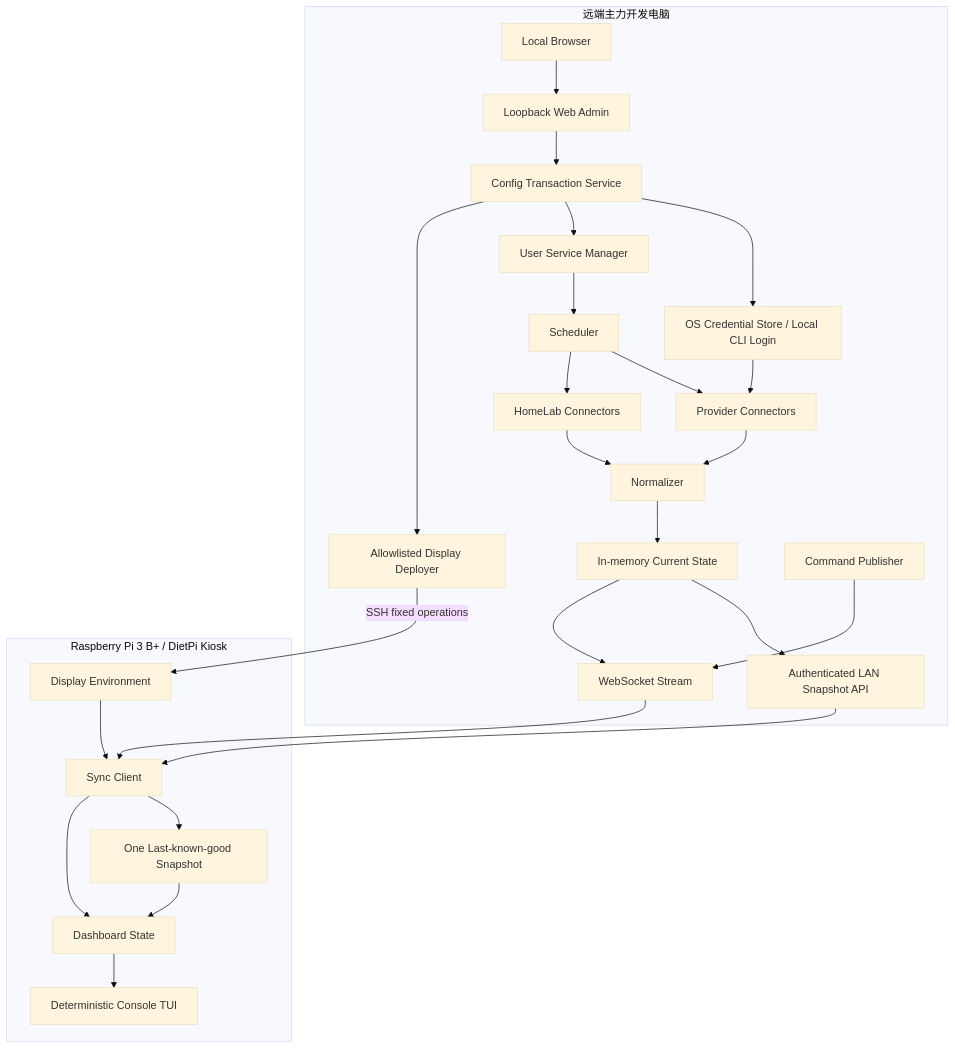
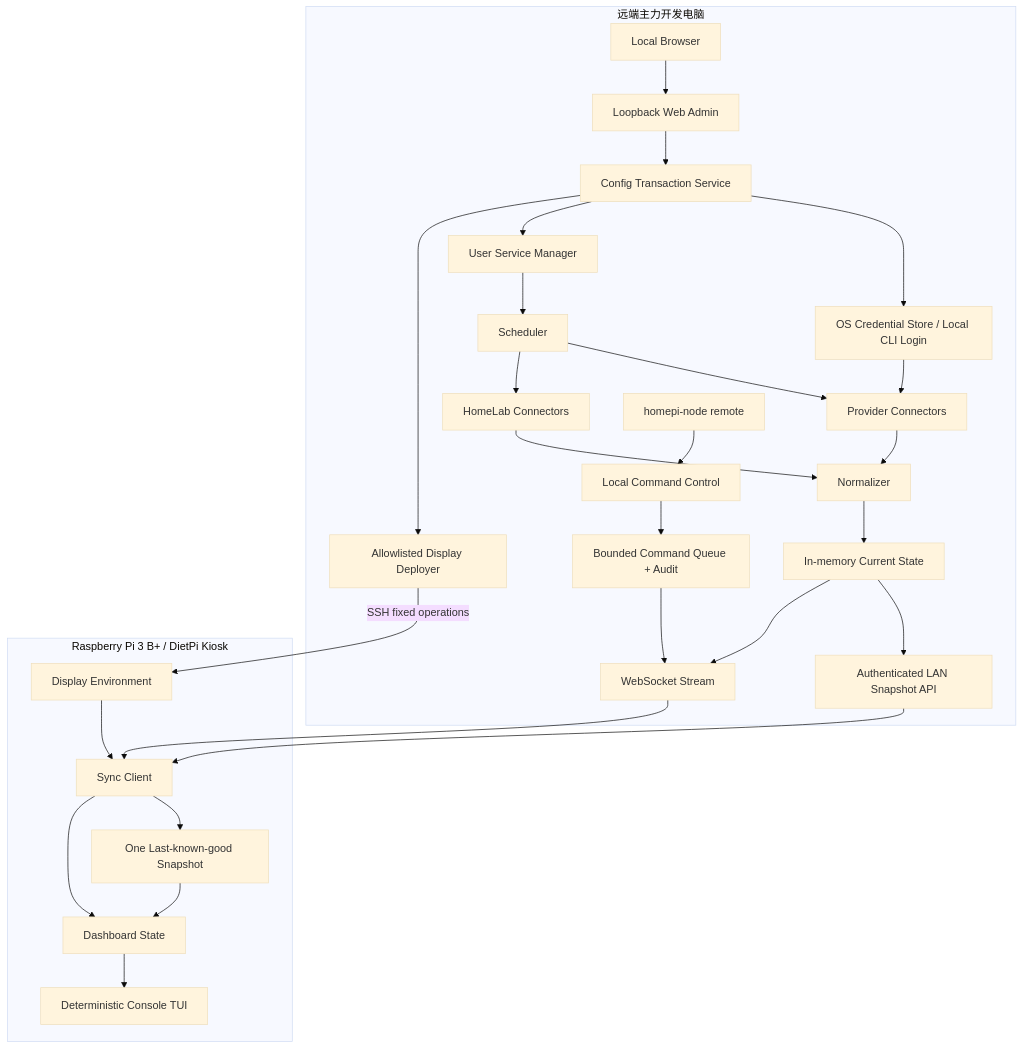
Before and after one commit to galendai/homepi-mon: the diagram in .vibe/HL-Spec.md, drawn with Mermaid (base theme). The commit also changed other lines of this file and 35 other files, not shown here.

Commit message:
feat(remote-control): complete phase 4 display commands

````diff
--- a/.vibe/HL-Spec.md
+++ b/.vibe/HL-Spec.md
@@ -35,30 +35,32 @@
 ```mermaid
 flowchart TB
     subgraph Remote["远端主力开发电脑"]
         B["Local Browser"] --> WA["Loopback Web Admin"]
         WA --> CFG["Config Transaction Service"]
         CFG --> K["OS Credential Store / Local CLI Login"]
         CFG --> SM["User Service Manager"]
         CFG --> DD["Allowlisted Display Deployer"]
         S["Scheduler"] --> C["Provider Connectors"]
         SM --> S
         S --> H["HomeLab Connectors"]
         K --> C
         C --> N["Normalizer"]
         H --> N
         N --> CS["In-memory Current State"]
         CS --> API["Authenticated LAN Snapshot API"]
         CS --> WS["WebSocket Stream"]
-        CMD["Command Publisher"] --> WS
+        CLI["homepi-node remote"] --> CTL["Local Command Control"]
+        CTL --> CQ["Bounded Command Queue + Audit"]
+        CQ --> WS
     end
     subgraph Pi["Raspberry Pi 3 B+ / DietPi Kiosk"]
         DE["Display Environment"] --> SC["Sync Client"]
         SC --> LC["One Last-known-good Snapshot"]
         SC --> DS["Dashboard State"]
         LC --> DS
         DS --> UI["Deterministic Console TUI"]
         WS --> SC
     end
     DD -->|"SSH fixed operations"| DE
     API --> SC
 ```
````
